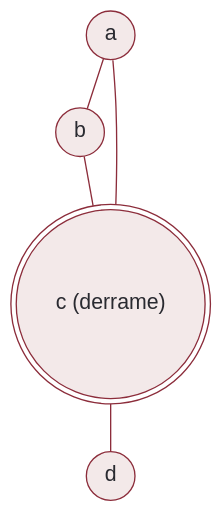
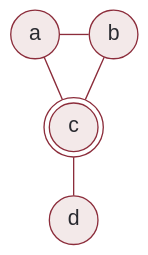
One commit to rodrgds/resumos changed the diagram in src/content/c/interferencia.dot. Above: the diagram before and after it, drawn with Graphviz. The commit also changed 26 other files, not shown here.

Commit message:
docs(c): revise explanations, exercises and teaching diagrams

```diff
--- a/src/content/c/interferencia.dot
+++ b/src/content/c/interferencia.dot
@@ -1,7 +1,8 @@
 graph Interferencia {
-  graph [bgcolor="transparent", pad=0.2];
+  graph [bgcolor="transparent", pad=0.1, nodesep=0.3, ranksep=0.4];
   node [shape=circle, style=filled, fillcolor="#f3e9e9", color="#8c2d3b", fontcolor="#292a30", fontname="Arial", fontsize=16];
   edge [color="#8c2d3b"];
   a -- b; a -- c; b -- c; c -- d;
-  c [shape=doublecircle, label="c (derrame)"];
+  {rank=same; a; b;}
+  c [shape=doublecircle, label="c"];
 }
```
